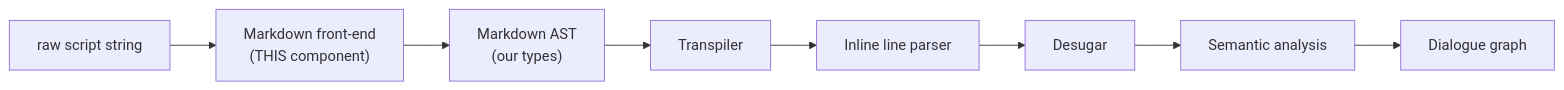
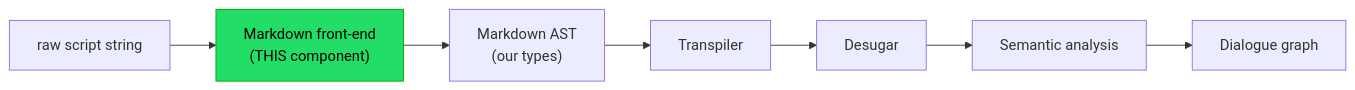
One commit to pengzhengyi/godot-dialoguedown changed the first of 2 diagrams in docs/Implementation Notes/Markdown Front-End.md. Above: the diagram before and after it, drawn with Mermaid. The commit also changed 3 other files, not shown here.

````diff
--- a/docs/Implementation Notes/Markdown Front-End.md
+++ b/docs/Implementation Notes/Markdown Front-End.md
@@ -56,10 +56,10 @@
 ```mermaid
 flowchart LR
     Source["raw script string"] --> FE["Markdown front-end<br/>(THIS component)"]
     FE --> AST["Markdown AST<br/>(our types)"]
     AST --> TR["Transpiler"]
-    TR --> IP["Inline line parser"]
-    IP --> DS["Desugar"]
+    TR --> DS["Desugar"]
     DS --> SEM["Semantic analysis"]
     SEM --> G["Dialogue graph"]
+    style FE fill:#2d6,stroke:#0a0,color:#000
 ```
````
